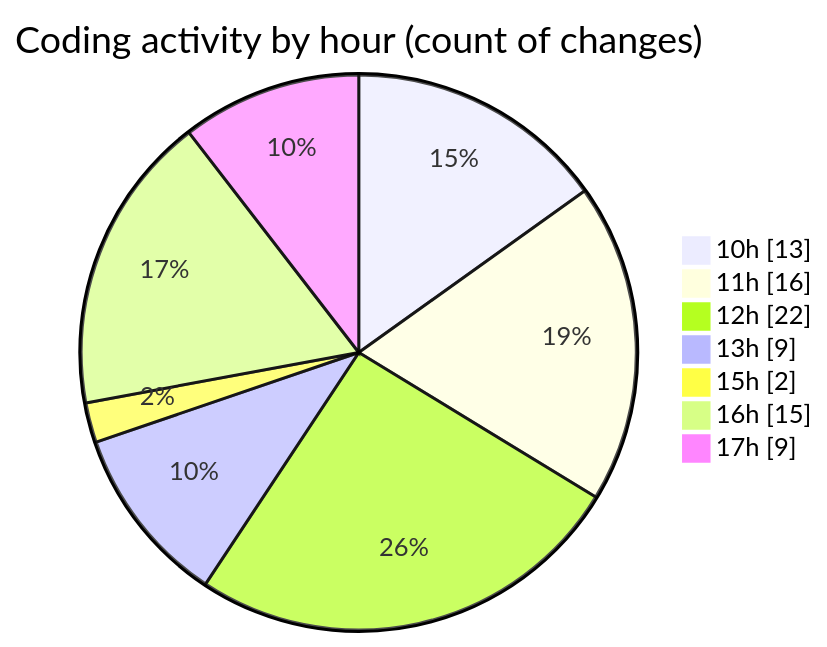
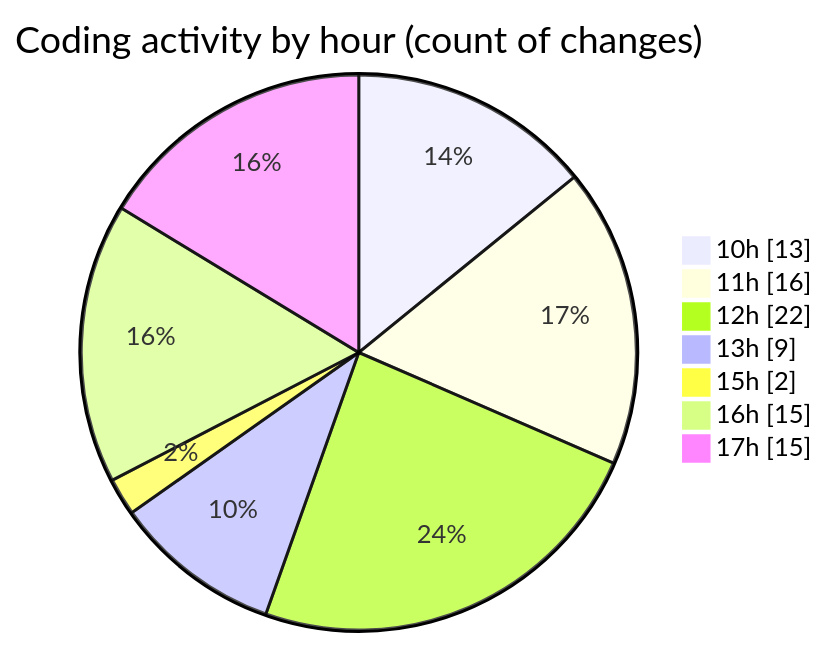
Before and after one commit to momahboobian/code-tracking: the second of 2 diagrams in 2025-05-27/cda/README.md, drawn with Mermaid. The commit also changed other lines of this file and 1 other file, not shown here.

````diff
--- a/2025-05-27/cda/README.md
+++ b/2025-05-27/cda/README.md
@@ -41,11 +41,11 @@
 ```mermaid
 pie showData
 title Coding activity by hour (count of changes)
 "10h" : 13
 "11h" : 16
 "12h" : 22
 "13h" : 9
 "15h" : 2
 "16h" : 15
-"17h" : 9
+"17h" : 15
 ```
````
